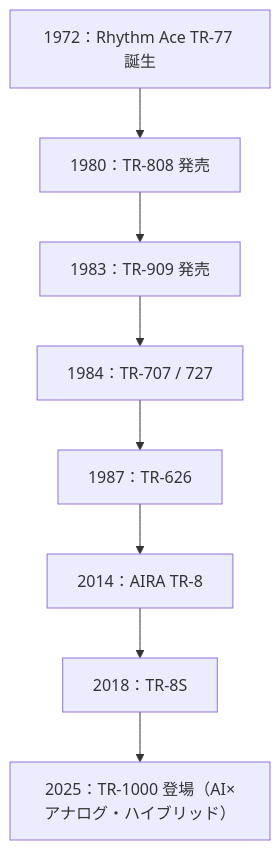
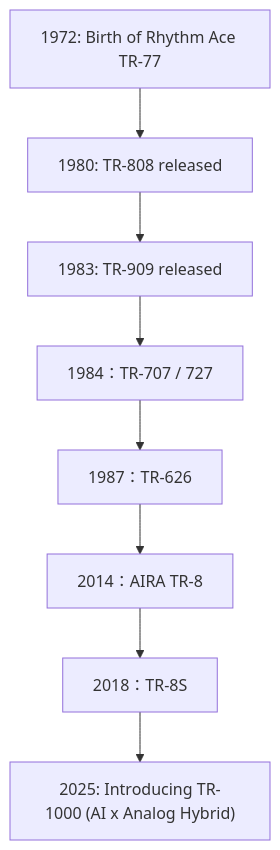
Before and after one commit to monumental-movement/monumental-movement.github.io: the diagram in en/_posts/2025-10-10-Colum-Roland-TR-1000.md, drawn with Mermaid. The commit also changed 152 other files, not shown here.

```diff
--- a/en/_posts/2025-10-10-Colum-Roland-TR-1000.md
+++ b/en/_posts/2025-10-10-Colum-Roland-TR-1000.md
@@ -148,15 +148,15 @@
 <div class="mermaid">
 
 flowchart TD
-    A1972["1972：Rhythm Ace TR-77 誕生"]
-    A1980["1980：TR-808 発売"]
-    A1983["1983：TR-909 発売"]
+    A1972["1972: Birth of Rhythm Ace TR-77"]
+    A1980["1980: TR-808 released"]
+    A1983["1983: TR-909 released"]
     A1984["1984：TR-707 / 727"]
     A1987["1987：TR-626"]
     A2014["2014：AIRA TR-8"]
     A2018["2018：TR-8S"]
-    A2025["2025：TR-1000 登場（AI×アナログ・ハイブリッド）"]
+    A2025["2025: Introducing TR-1000 (AI x Analog Hybrid)"]
 
     A1972 --> A1980 --> A1983 --> A1984 --> A1987 --> A2014 --> A2018 --> A2025
 
 </div>
```
